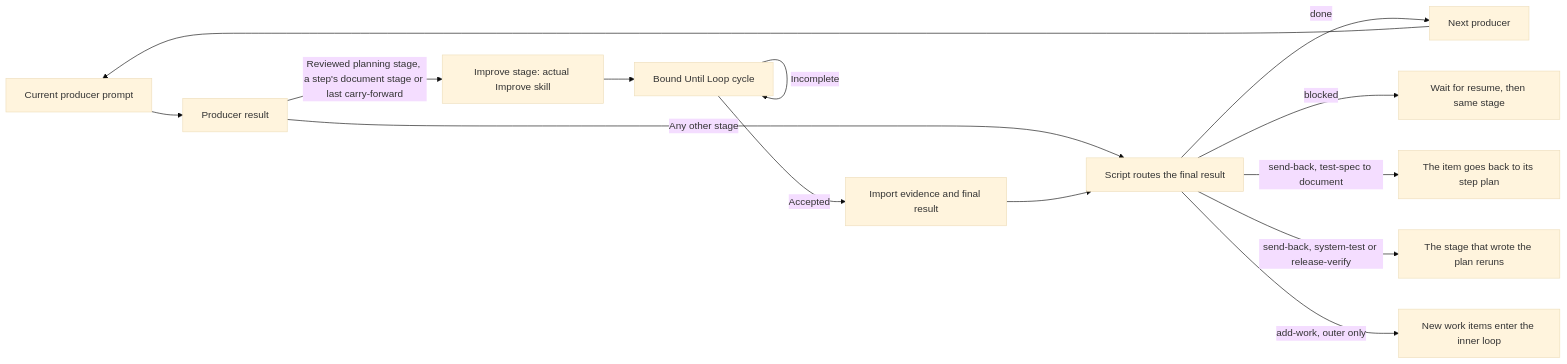
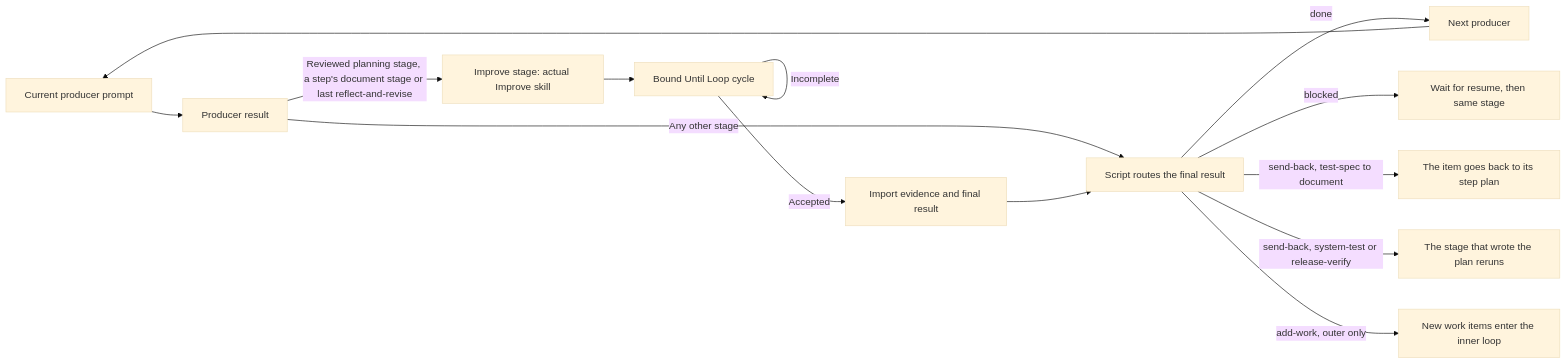
Before and after one commit to whichguy/skill-craft: the first of 5 diagrams in plugins/skill-craft/skills/shiploop/references/navigator.md, drawn with Mermaid (base theme). The commit also changed other lines of this file and 58 other files, not shown here.

First line of the commit message:
release: skill-craft 4.8.0, improve 0.7.4, shiploop 2.10.0, shiploop-run-review 0.6.0

````diff
--- a/plugins/skill-craft/skills/shiploop/references/navigator.md
+++ b/plugins/skill-craft/skills/shiploop/references/navigator.md
@@ -21,16 +21,16 @@
 ```mermaid
 flowchart LR
   P[Current producer prompt] --> R[Producer result]
-  R -->|Reviewed planning stage, a step's document stage or last carry-forward| I[Improve stage: actual Improve skill]
+  R -->|Reviewed planning stage, a step's document stage or last reflect-and-revise| I[Improve stage: actual Improve skill]
   R -->|Any other stage| F
   I --> U[Bound Until Loop cycle]
   U -->|Incomplete| U
   U -->|Accepted| C[Import evidence and final result]
   C --> F[Script routes the final result]
   F -->|done| N[Next producer]
   F -->|blocked| B[Wait for resume, then same stage]
   F -->|send-back, test-spec to document| SB[The item goes back to its step plan]
   F -->|send-back, system-test or release-verify| SO[The stage that wrote the plan reruns]
   F -->|add-work, outer only| W[New work items enter the inner loop]
   N --> P
 ```
````
